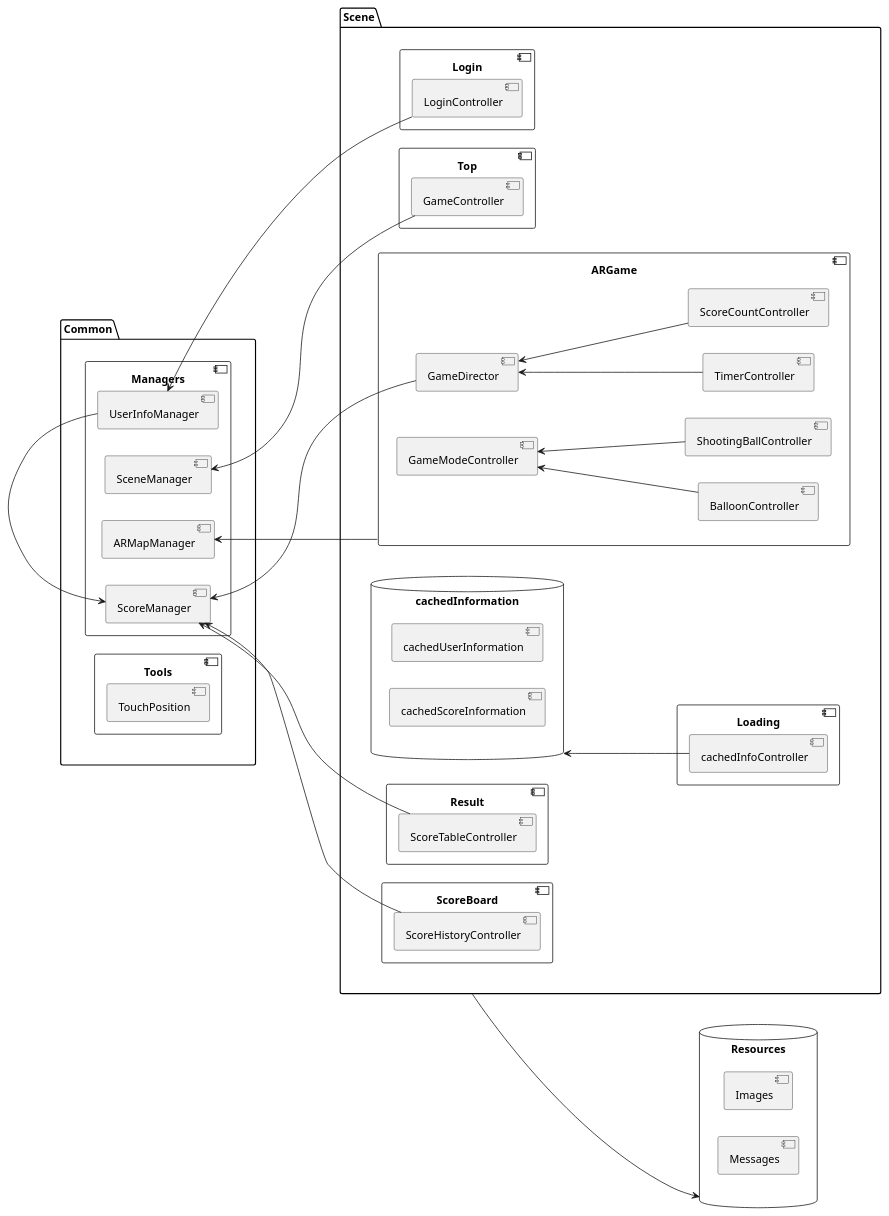
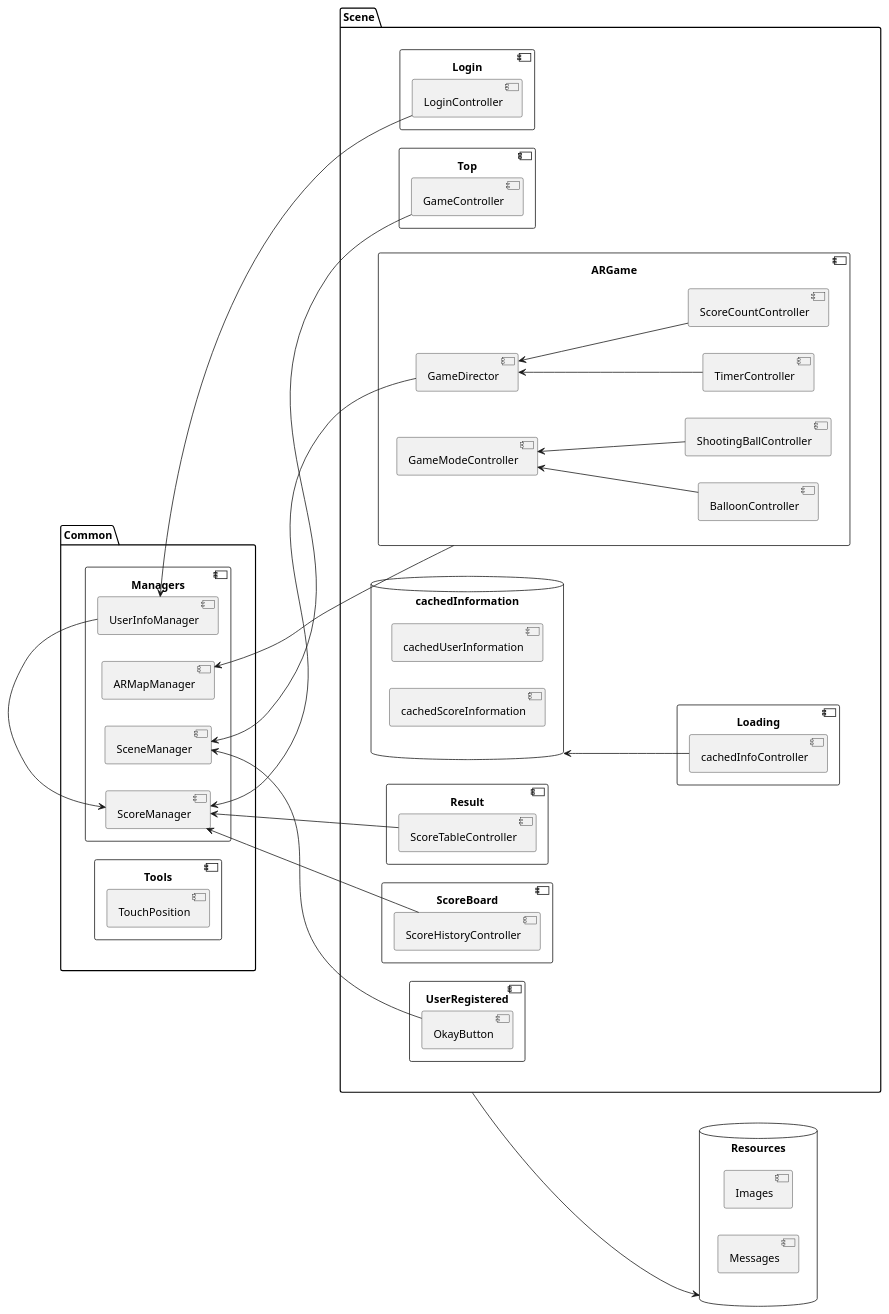
One commit to kyo-waku/SiriBal changed the diagram in docs/script_rule.md. Above: the diagram before and after it, drawn with PlantUML. The commit also changed 36 other files, not shown here.

````diff
--- a/docs/script_rule.md
+++ b/docs/script_rule.md
@@ -5,72 +5,77 @@
 ```plantuml
 @startuml
 left to right direction
 
 Common --[hidden]-- Scene
 
 package Common{
     component Managers{
         component SceneManager
         component UserInfoManager
         component ScoreManager
         component ARMapManager
     }
     UserInfoManager --ri--> ScoreManager
     component Tools{
         component TouchPosition
     }
 }
 
 database Resources{
     component Images
     component Messages
 }
 Scene --do--> Resources
 
 package Scene{
     component Top{
         component GameController
     }
     GameController --le--> SceneManager
 
     component Login{
         component LoginController
     }
     LoginController --le--> UserInfoManager
 
     component ARGame{
         component GameDirector
         component BalloonController
         component ShootingBallController
         component GameModeController
         component TimerController
         component ScoreCountController
     }
     ARGame --le--> ARMapManager
     BalloonController --up--> GameModeController
     ShootingBallController --up--> GameModeController
     TimerController --up--> GameDirector
     ScoreCountController --up--> GameDirector
     GameDirector --le--> ScoreManager
 
     component Loading{
         component cachedInfoController
     }
     cachedInformation <--do-- cachedInfoController
     component Result{
         component ScoreTableController
     }
     ScoreTableController --le--> ScoreManager
     component ScoreBoard{
         component ScoreHistoryController
     }
     ScoreHistoryController --le--> ScoreManager
+
+    component UserRegistered{
+        component OkayButton
+    }
+    OkayButton --le--> SceneManager
 }
 
 database cachedInformation{
     component cachedUserInformation
     component cachedScoreInformation
 }
 
 @enduml
 ```
````
